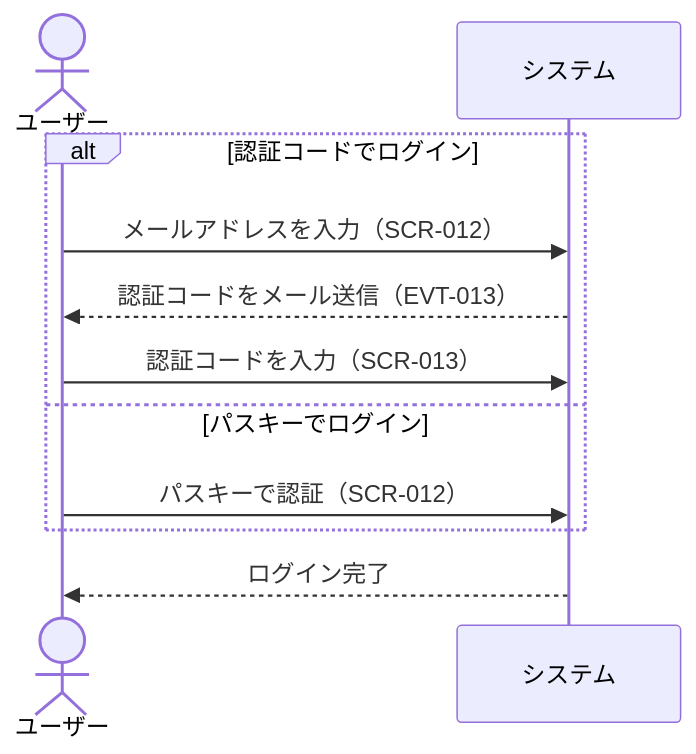
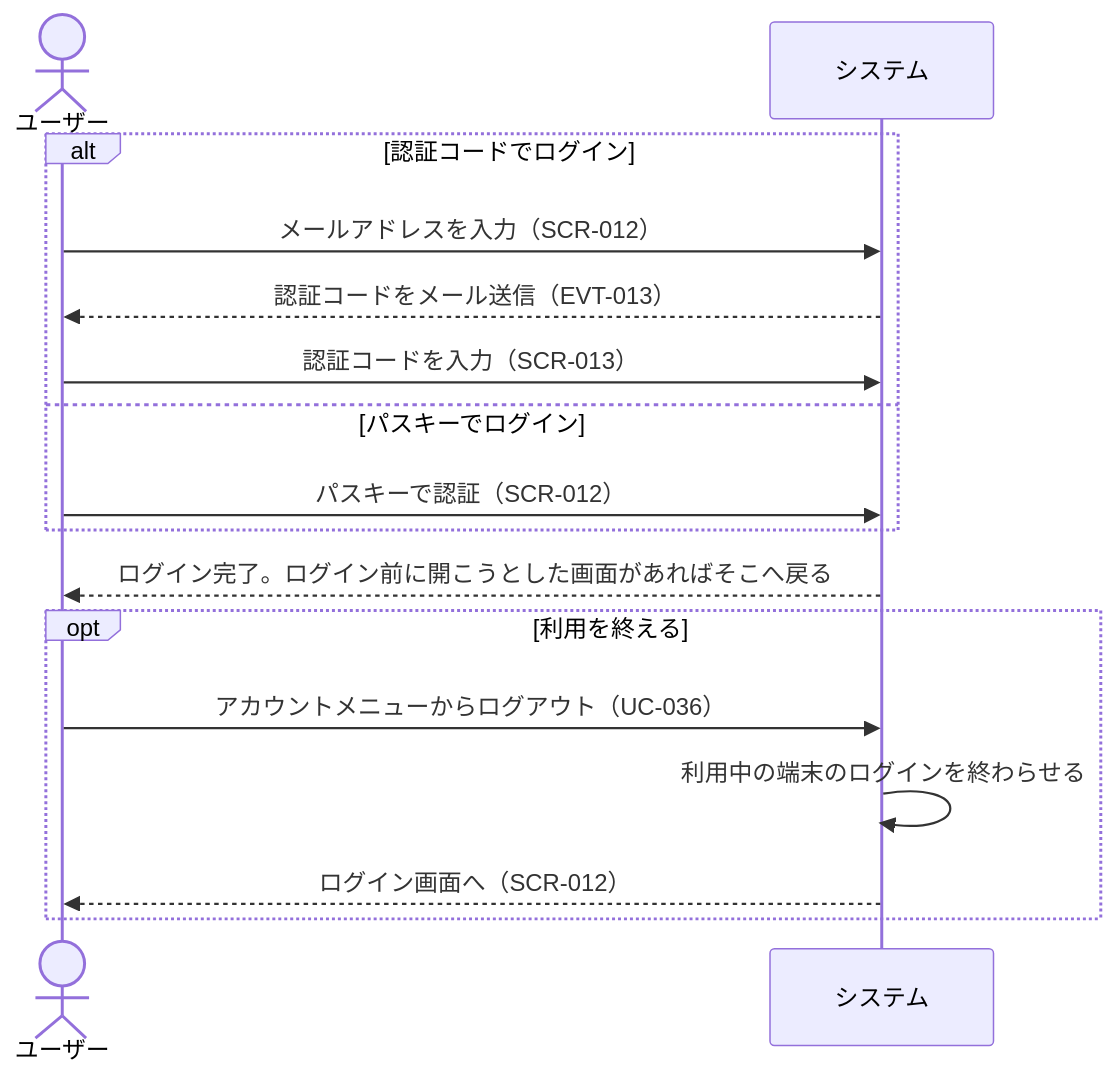
The third of 9 diagrams in rdra/contexts/user-authentication.md (gdsc-osaka/iclub-reserve), drawn with Mermaid before and after one commit. The commit also changed other lines of this file and 12 other files, not shown here.

````diff
--- a/rdra/contexts/user-authentication.md
+++ b/rdra/contexts/user-authentication.md
@@ -384,14 +391,19 @@
 ```mermaid
 sequenceDiagram
     actor ユーザー
     participant システム
 
     alt 認証コードでログイン
         ユーザー->>システム: メールアドレスを入力（SCR-012）
         システム-->>ユーザー: 認証コードをメール送信（EVT-013）
         ユーザー->>システム: 認証コードを入力（SCR-013）
     else パスキーでログイン
         ユーザー->>システム: パスキーで認証（SCR-012）
     end
-    システム-->>ユーザー: ログイン完了
+    システム-->>ユーザー: ログイン完了。ログイン前に開こうとした画面があればそこへ戻る
+    opt 利用を終える
+        ユーザー->>システム: アカウントメニューからログアウト（UC-036）
+        システム->>システム: 利用中の端末のログインを終わらせる
+        システム-->>ユーザー: ログイン画面へ（SCR-012）
+    end
 ```
````
